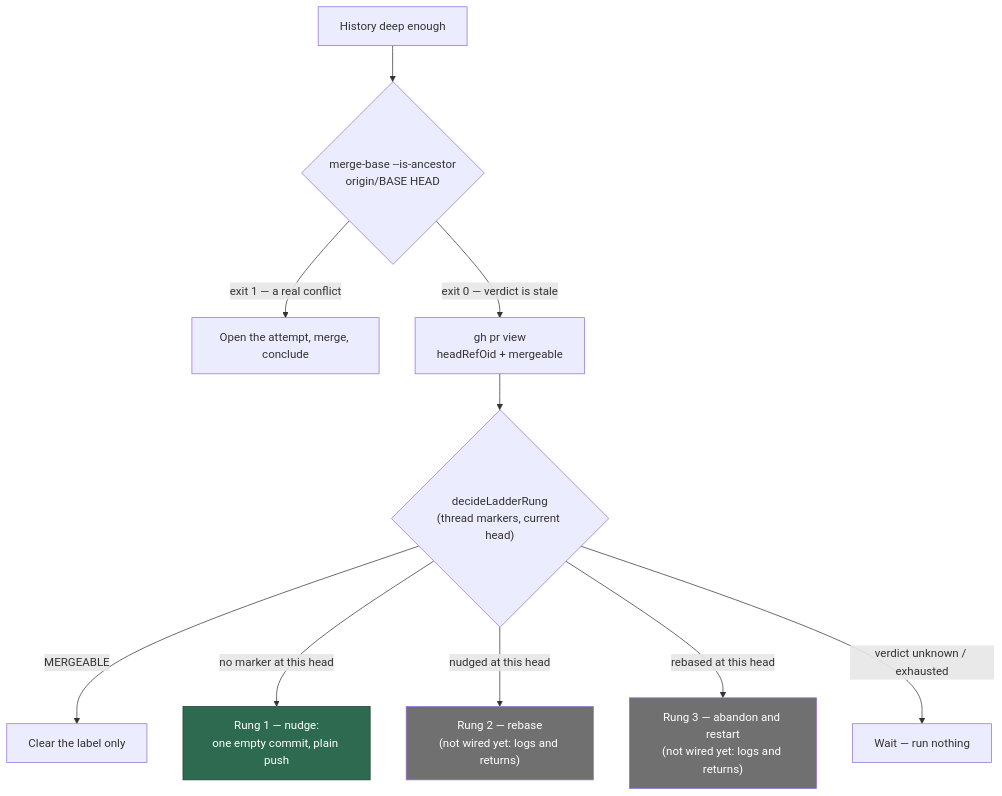
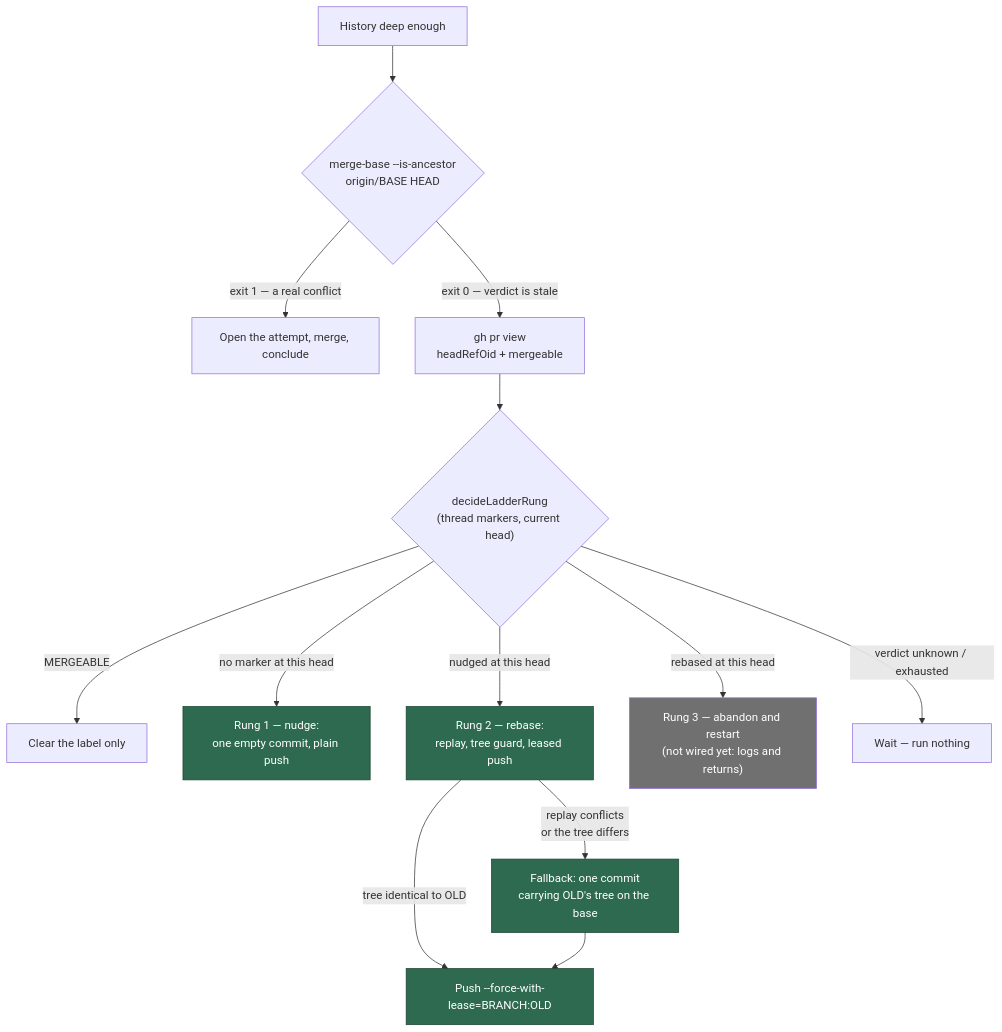
One commit to stSoftwareAU/VibeCoder changed the third of 6 diagrams in docs/workflows/merge-conflicts.md. Above: the diagram before and after it, drawn with Mermaid. The commit also changed other lines of this file and 5 other files, not shown here.

````diff
--- a/docs/workflows/merge-conflicts.md
+++ b/docs/workflows/merge-conflicts.md
@@ -357,15 +357,20 @@
 ```mermaid
 flowchart TD
     D[History deep enough] --> A{"merge-base --is-ancestor<br/>origin/BASE HEAD"}
     A -- "exit 1 — a real conflict" --> M[Open the attempt, merge, conclude]
     A -- "exit 0 — verdict is stale" --> V["gh pr view<br/>headRefOid + mergeable"]
     V --> L{"decideLadderRung<br/>(thread markers, current head)"}
     L -- MERGEABLE --> C[Clear the label only]
     L -- "no marker at this head" --> N["Rung 1 — nudge:<br/>one empty commit, plain push"]
-    L -- "nudged at this head" --> R["Rung 2 — rebase<br/>(not wired yet: logs and returns)"]
+    L -- "nudged at this head" --> R["Rung 2 — rebase:<br/>replay, tree guard, leased push"]
     L -- "rebased at this head" --> B["Rung 3 — abandon and restart<br/>(not wired yet: logs and returns)"]
     L -- "verdict unknown / exhausted" --> W[Wait — run nothing]
+    R -- "replay conflicts<br/>or the tree differs" --> S["Fallback: one commit<br/>carrying OLD's tree on the base"]
+    R -- "tree identical to OLD" --> P["Push --force-with-lease=BRANCH:OLD"]
+    S --> P
     style N fill:#2d6a4f,stroke:#1b4332,color:#fff
-    style R fill:#707070,stroke:,color:#fff
+    style R fill:#2d6a4f,stroke:#1b4332,color:#fff
+    style S fill:#2d6a4f,stroke:#1b4332,color:#fff
+    style P fill:#2d6a4f,stroke:#1b4332,color:#fff
     style B fill:#707070,stroke:,color:#fff
 ```
````
